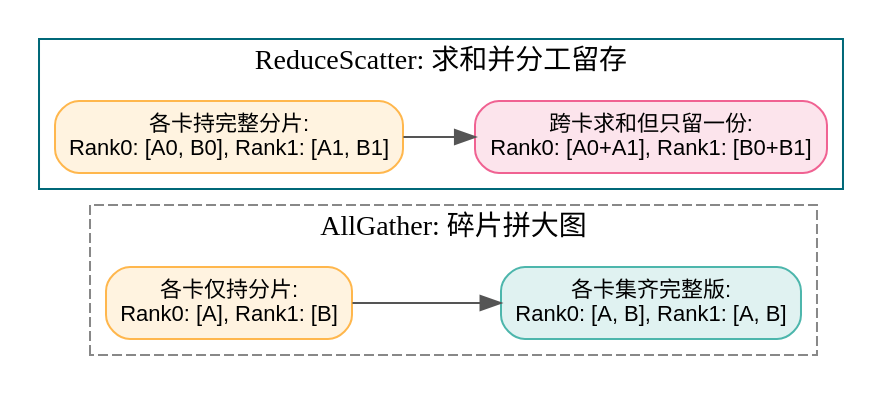
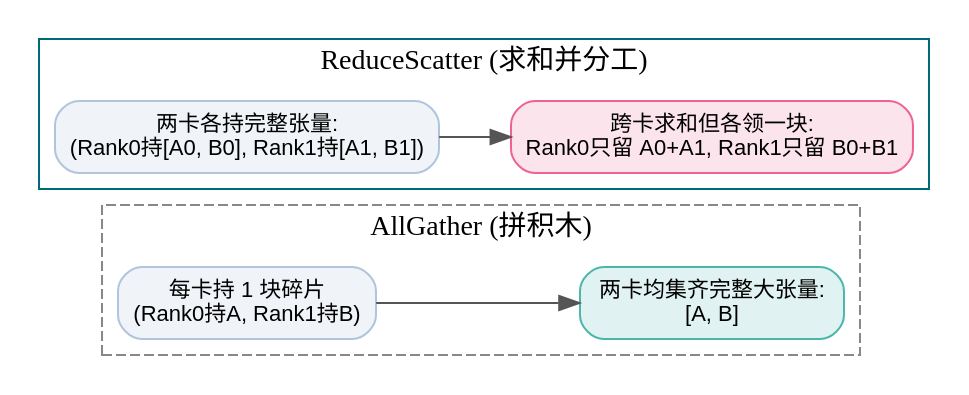
The third of 3 diagrams in src/content/posts/dl-operators-12-quantization-and-distributed-communication-guide.md (hqu-little-boy/blog), drawn with Graphviz before and after one commit. The commit also changed other lines of this file and 11 other files, not shown here.

````diff
--- a/src/content/posts/dl-operators-12-quantization-and-distributed-communication-guide.md
+++ b/src/content/posts/dl-operators-12-quantization-and-distributed-communication-guide.md
@@ -202,21 +123,21 @@
 ```graphviz
-digraph CollectivePrimitives {
+digraph DualPrimitives {
     rankdir=LR;
     node [fontname="Helvetica,Arial,sans-serif", fontsize=11, shape=rect, style="rounded,filled", fillcolor="#f0f4f8", color="#b0c4de"];
     edge [fontname="Helvetica,Arial,sans-serif", fontsize=10, color="#555555"];
 
     subgraph cluster_ag {
-        label = "AllGather: 碎片拼大图"; style=dashed; color="#888888";
-        ag_in [label="各卡仅持分片:\nRank0: [A], Rank1: [B]", fillcolor="#fff3e0", color="#ffb74d"];
-        ag_out [label="各卡集齐完整版:\nRank0: [A, B], Rank1: [A, B]", fillcolor="#e0f2f1", color="#4db6ac"];
+        label = "AllGather (拼积木)"; style=dashed; color="#888888";
+        ag_in [label="每卡持 1 块碎片\n(Rank0持A, Rank1持B)"];
+        ag_out [label="两卡均集齐完整大张量:\n[A, B]", fillcolor="#e0f2f1", color="#4db6ac"];
         ag_in -> ag_out;
     }
 
     subgraph cluster_rs {
-        label = "ReduceScatter: 求和并分工留存"; style=solid; color="#006878";
-        rs_in [label="各卡持完整分片:\nRank0: [A0, B0], Rank1: [A1, B1]", fillcolor="#fff3e0", color="#ffb74d"];
-        rs_out [label="跨卡求和但只留一份:\nRank0: [A0+A1], Rank1: [B0+B1]", fillcolor="#fce4ec", color="#f06292"];
+        label = "ReduceScatter (求和并分工)"; style=solid; color="#006878";
+        rs_in [label="两卡各持完整张量:\n(Rank0持[A0, B0], Rank1持[A1, B1])"];
+        rs_out [label="跨卡求和但各领一块:\nRank0只留 A0+A1, Rank1只留 B0+B1", fillcolor="#fce4ec", color="#f06292"];
         rs_in -> rs_out;
     }
 }
 ```
````
